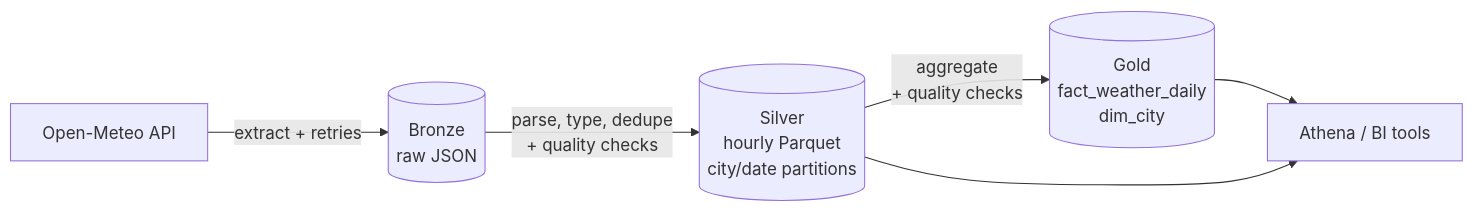
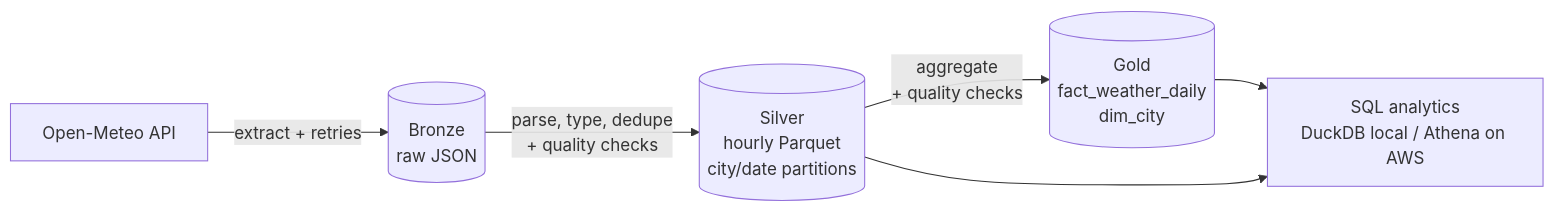
Before and after one commit to dianada2100-collab/weather-lakehouse: the diagram in README.md, drawn with Mermaid. The commit also changed other lines of this file, not shown here.

````diff
--- a/README.md
+++ b/README.md
@@ -8,8 +11,8 @@
 ```mermaid
 flowchart LR
     API[Open-Meteo API] -->|extract + retries| B[(Bronze<br/>raw JSON)]
     B -->|parse, type, dedupe<br/>+ quality checks| S[(Silver<br/>hourly Parquet<br/>city/date partitions)]
     S -->|aggregate<br/>+ quality checks| G[(Gold<br/>fact_weather_daily<br/>dim_city)]
-    G --> A[Athena / BI tools]
+    G --> A[SQL analytics<br/>DuckDB local / Athena on AWS]
     S --> A
 ```
````
